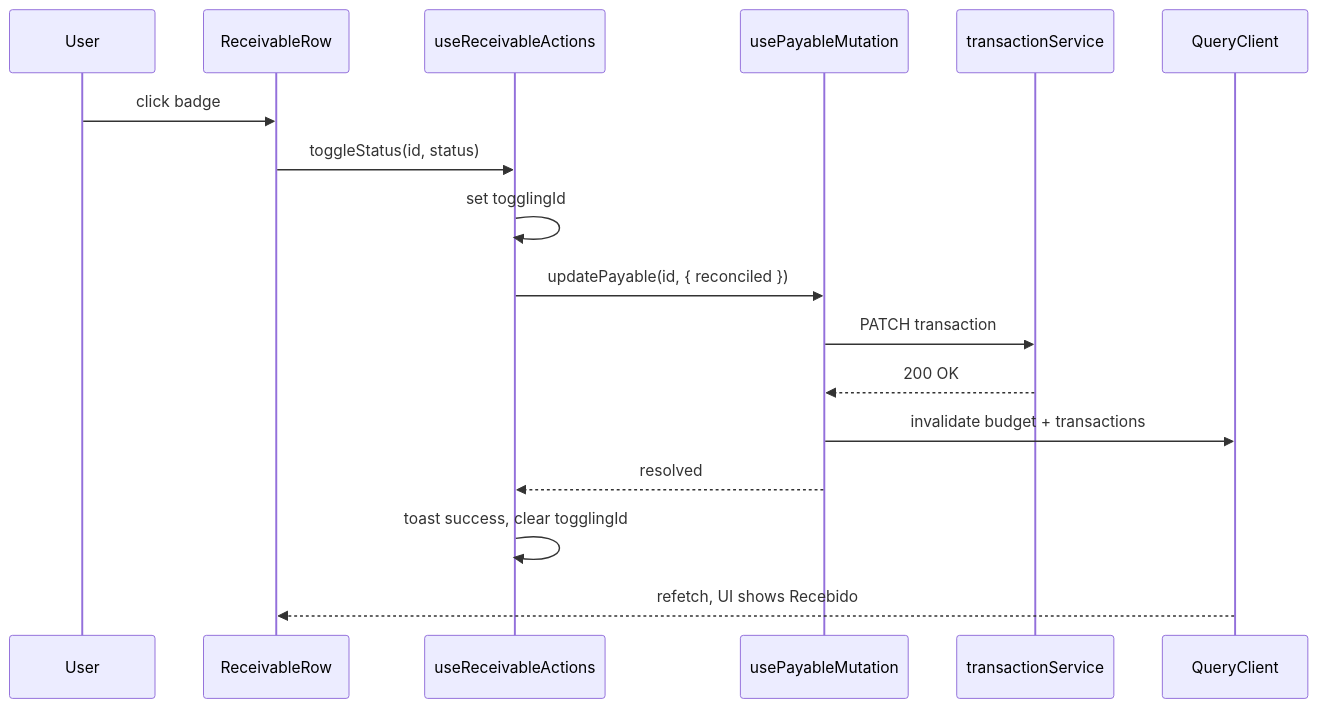
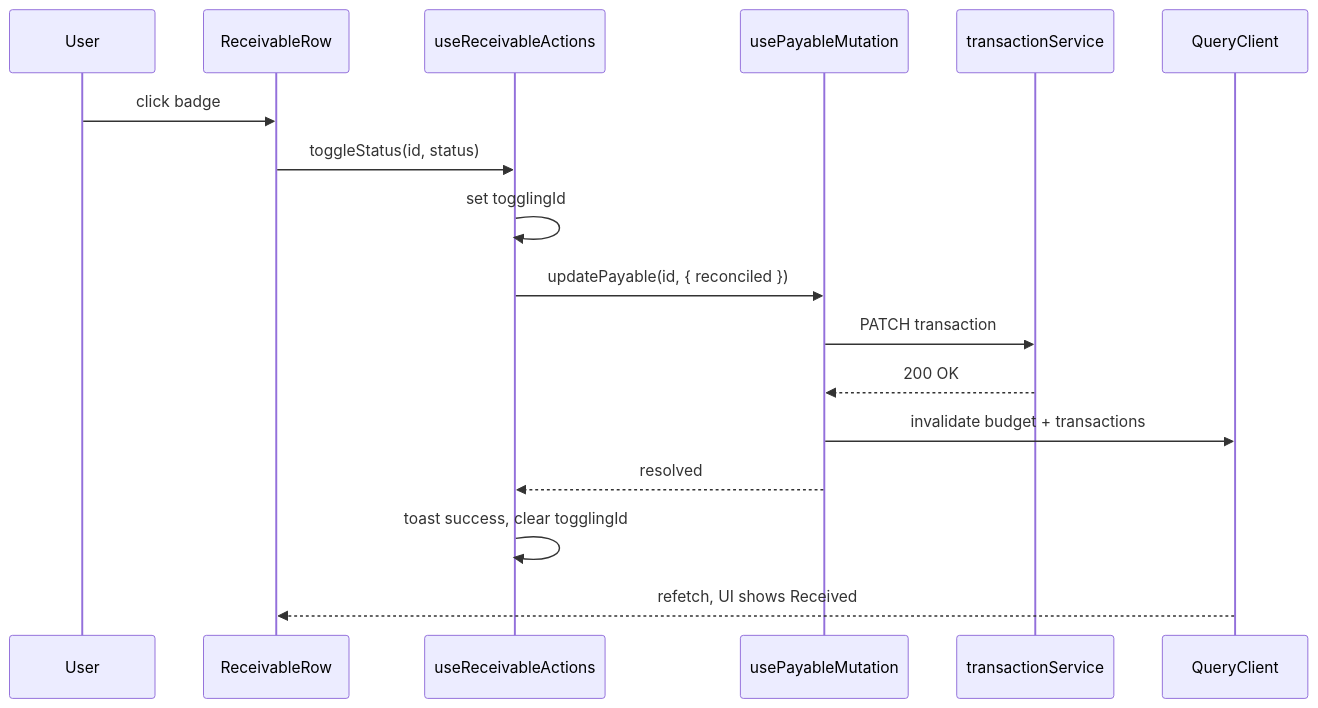
Before and after one commit to rafaeljfec2/air-finance-app: the second of 2 diagrams in specs/007-receivables-inline-update/plan.md, drawn with Mermaid. The commit also changed other lines of this file and 30 other files, not shown here.

````diff
--- a/specs/007-receivables-inline-update/plan.md
+++ b/specs/007-receivables-inline-update/plan.md
@@ -87,19 +87,19 @@
 ```mermaid
 sequenceDiagram
   participant U as User
   participant R as ReceivableRow
   participant A as useReceivableActions
   participant M as usePayableMutation
   participant API as transactionService
   participant Q as QueryClient
   U->>R: click badge
   R->>A: toggleStatus(id, status)
   A->>A: set togglingId
   A->>M: updatePayable(id, { reconciled })
   M->>API: PATCH transaction
   API-->>M: 200 OK
   M->>Q: invalidate budget + transactions
   M-->>A: resolved
   A->>A: toast success, clear togglingId
-  Q-->>R: refetch, UI shows Recebido
+  Q-->>R: refetch, UI shows Received
 ```
````
